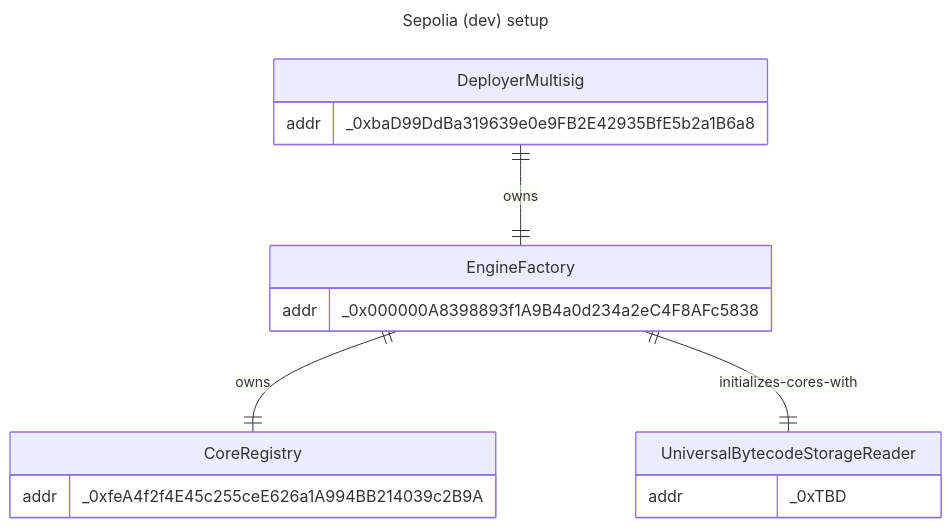
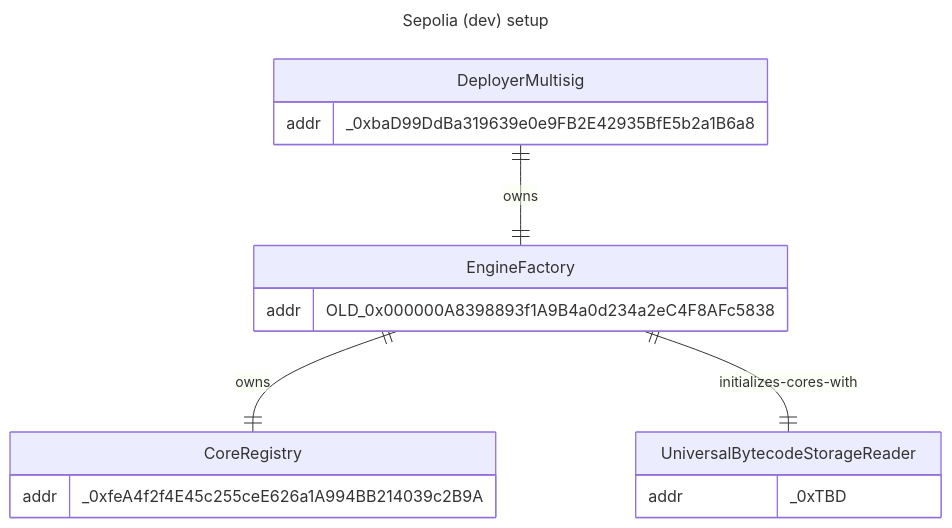
Before and after one commit to void-smith660/artblocks-contracts: the fourth of 4 diagrams in packages/contracts/INFRASTRUCTURE.md, drawn with Mermaid. The commit also changed other lines of this file, not shown here.

````diff
--- a/packages/contracts/INFRASTRUCTURE.md
+++ b/packages/contracts/INFRASTRUCTURE.md
@@ -100,21 +100,21 @@
 ```mermaid
 ---
 title: Sepolia (dev) setup
 ---
 erDiagram
     DeployerMultisig ||--|| EngineFactory : owns
     EngineFactory ||--|| CoreRegistry : owns
     EngineFactory ||--|| UniversalBytecodeStorageReader : initializes-cores-with
     DeployerMultisig {
         addr _0xbaD99DdBa319639e0e9FB2E42935BfE5b2a1B6a8
     }
     EngineFactory {
-        addr _0x000000A8398893f1A9B4a0d234a2eC4F8AFc5838
+        addr OLD_0x000000A8398893f1A9B4a0d234a2eC4F8AFc5838
     }
     CoreRegistry {
         addr _0xfeA4f2f4E45c255ceE626a1A994BB214039c2B9A
     }
     UniversalBytecodeStorageReader {
         addr _0xTBD
     }
 ```
````
